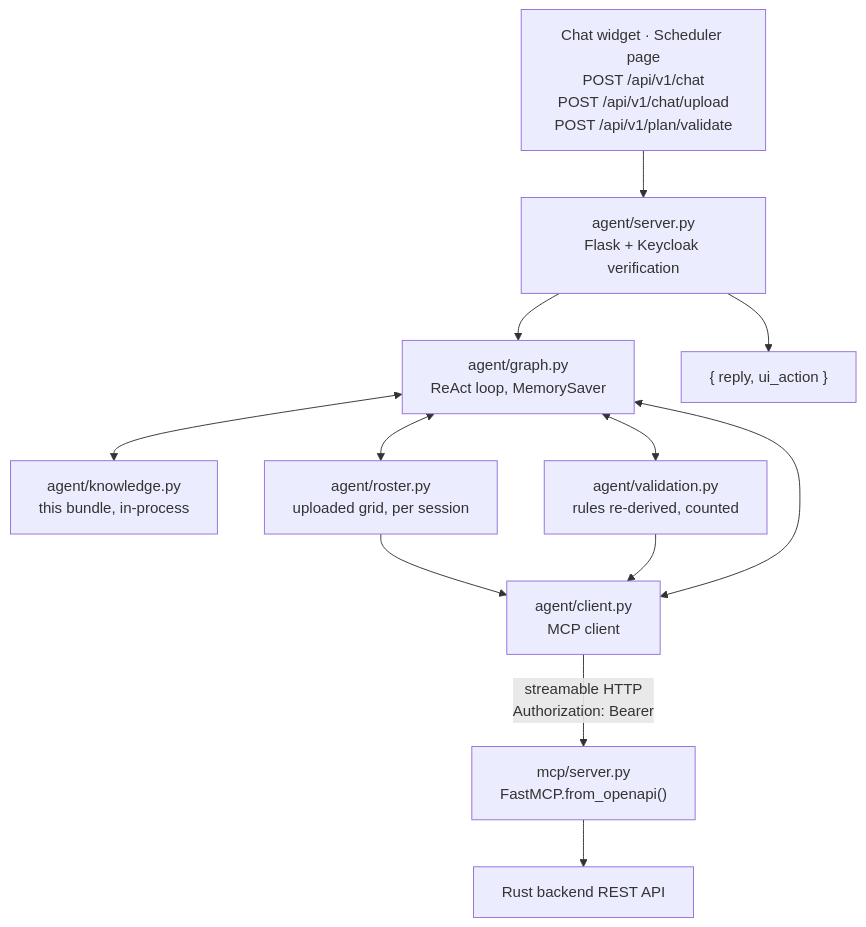
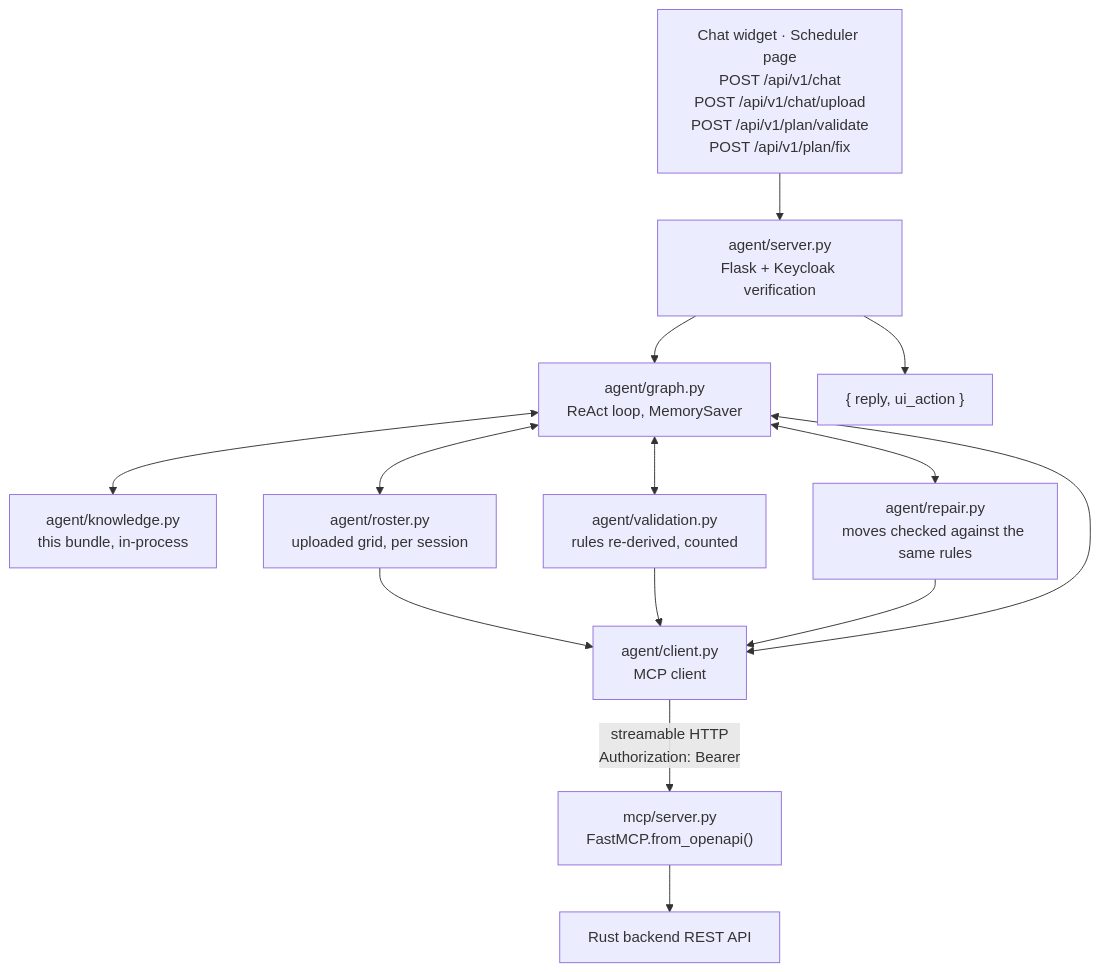
The diagram in docs/knowledge/architecture/agent-and-mcp-service.md (uid09552/shift), drawn with Mermaid before and after one commit. The commit also changed other lines of this file and 258 other files, not shown here.

````diff
--- a/docs/knowledge/architecture/agent-and-mcp-service.md
+++ b/docs/knowledge/architecture/agent-and-mcp-service.md
@@ -48,14 +52,16 @@
 ```mermaid
 flowchart TB
-    W["Chat widget · Scheduler page<br/>POST /api/v1/chat<br/>POST /api/v1/chat/upload<br/>POST /api/v1/plan/validate"] --> S["agent/server.py<br/>Flask + Keycloak verification"]
+    W["Chat widget · Scheduler page<br/>POST /api/v1/chat<br/>POST /api/v1/chat/upload<br/>POST /api/v1/plan/validate<br/>POST /api/v1/plan/fix"] --> S["agent/server.py<br/>Flask + Keycloak verification"]
     S --> G["agent/graph.py<br/>ReAct loop, MemorySaver"]
     G <--> K["agent/knowledge.py<br/>this bundle, in-process"]
     G <--> D["agent/roster.py<br/>uploaded grid, per session"]
     G <--> V["agent/validation.py<br/>rules re-derived, counted"]
+    G <--> P["agent/repair.py<br/>moves checked against the same rules"]
     D --> C
     V --> C
+    P --> C
     G <--> C["agent/client.py<br/>MCP client"]
     C -->|"streamable HTTP<br/>Authorization: Bearer"| M["mcp/server.py<br/>FastMCP.from_openapi()"]
     M --> B["Rust backend REST API"]
     S --> R["{ reply, ui_action }"]
 ```
````
